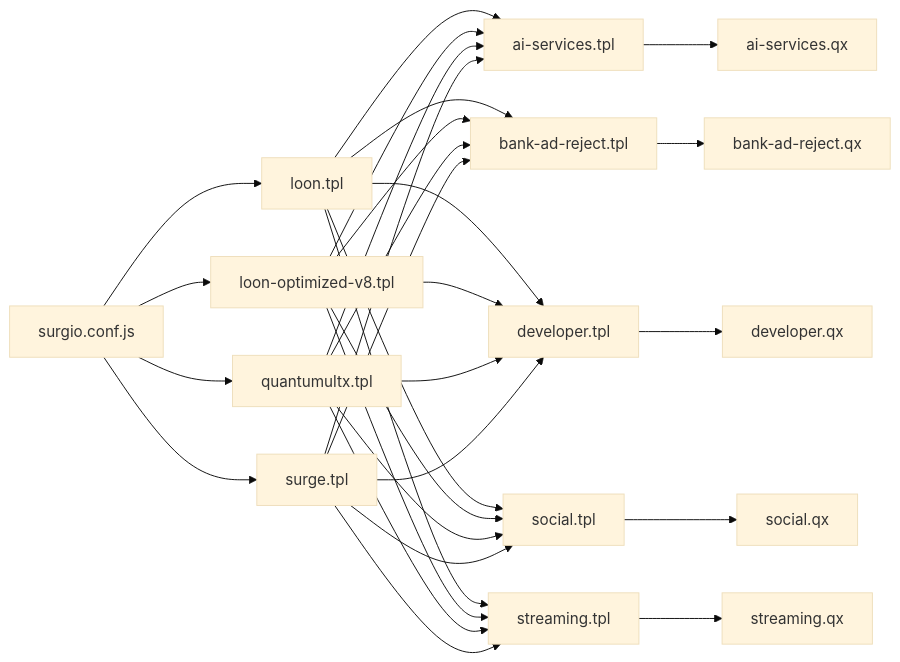
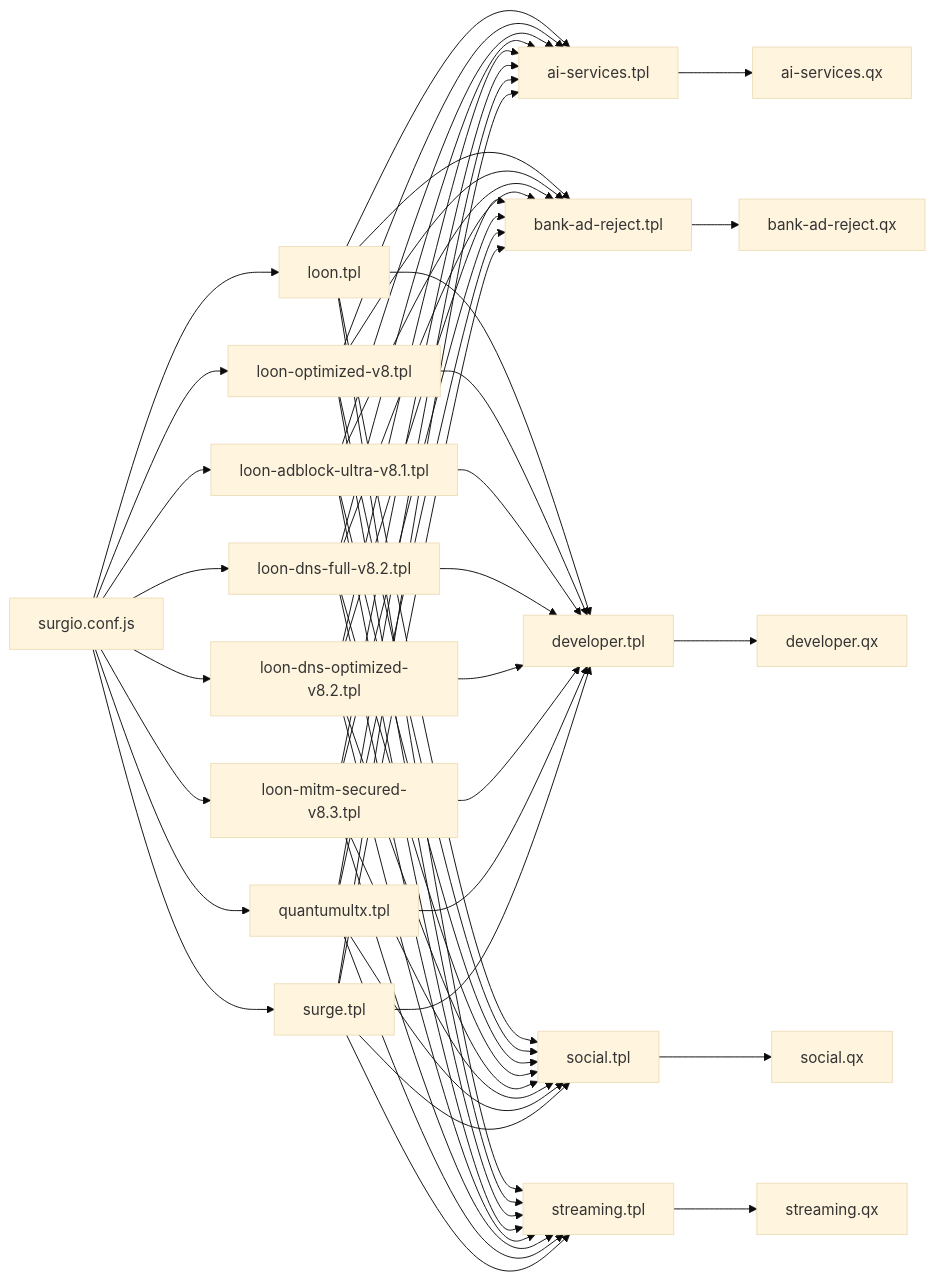
Before and after one commit to 3kaiu/config: the fourth of 4 diagrams in .qoder/repowiki/zh/content/模板系统.md, drawn with Mermaid (base theme). The commit also changed other lines of this file and 112 other files, not shown here.

````diff
--- a/.qoder/repowiki/zh/content/模板系统.md
+++ b/.qoder/repowiki/zh/content/模板系统.md
@@ -275,32 +356,56 @@
 ```mermaid
 graph LR
 CFG["surgio.conf.js"] --> L["loon.tpl"]
 CFG --> L2["loon-optimized-v8.tpl"]
+CFG --> L3["loon-adblock-ultra-v8.1.tpl"]
+CFG --> L4["loon-dns-full-v8.2.tpl"]
+CFG --> L5["loon-dns-optimized-v8.2.tpl"]
+CFG --> L6["loon-mitm-secured-v8.3.tpl"]
 CFG --> Q["quantumultx.tpl"]
 CFG --> S["surge.tpl"]
 L --> A["ai-services.tpl"]
 L --> B["bank-ad-reject.tpl"]
 L --> D["developer.tpl"]
 L --> SO["social.tpl"]
 L --> ST["streaming.tpl"]
 L2 --> A
 L2 --> B
 L2 --> D
 L2 --> SO
 L2 --> ST
+L3 --> A
+L3 --> B
+L3 --> D
+L3 --> SO
+L3 --> ST
+L4 --> A
+L4 --> B
+L4 --> D
+L4 --> SO
+L4 --> ST
+L5 --> A
+L5 --> B
+L5 --> D
+L5 --> SO
+L5 --> ST
+L6 --> A
+L6 --> B
+L6 --> D
+L6 --> SO
+L6 --> ST
 Q --> A
 Q --> B
 Q --> D
 Q --> SO
 Q --> ST
 S --> A
 S --> B
 S --> D
 S --> SO
 S --> ST
 A --> AQ["ai-services.qx"]
 B --> BQ["bank-ad-reject.qx"]
 D --> DQ["developer.qx"]
 SO --> SQ["social.qx"]
 ST --> STQ["streaming.qx"]
 ```
````
